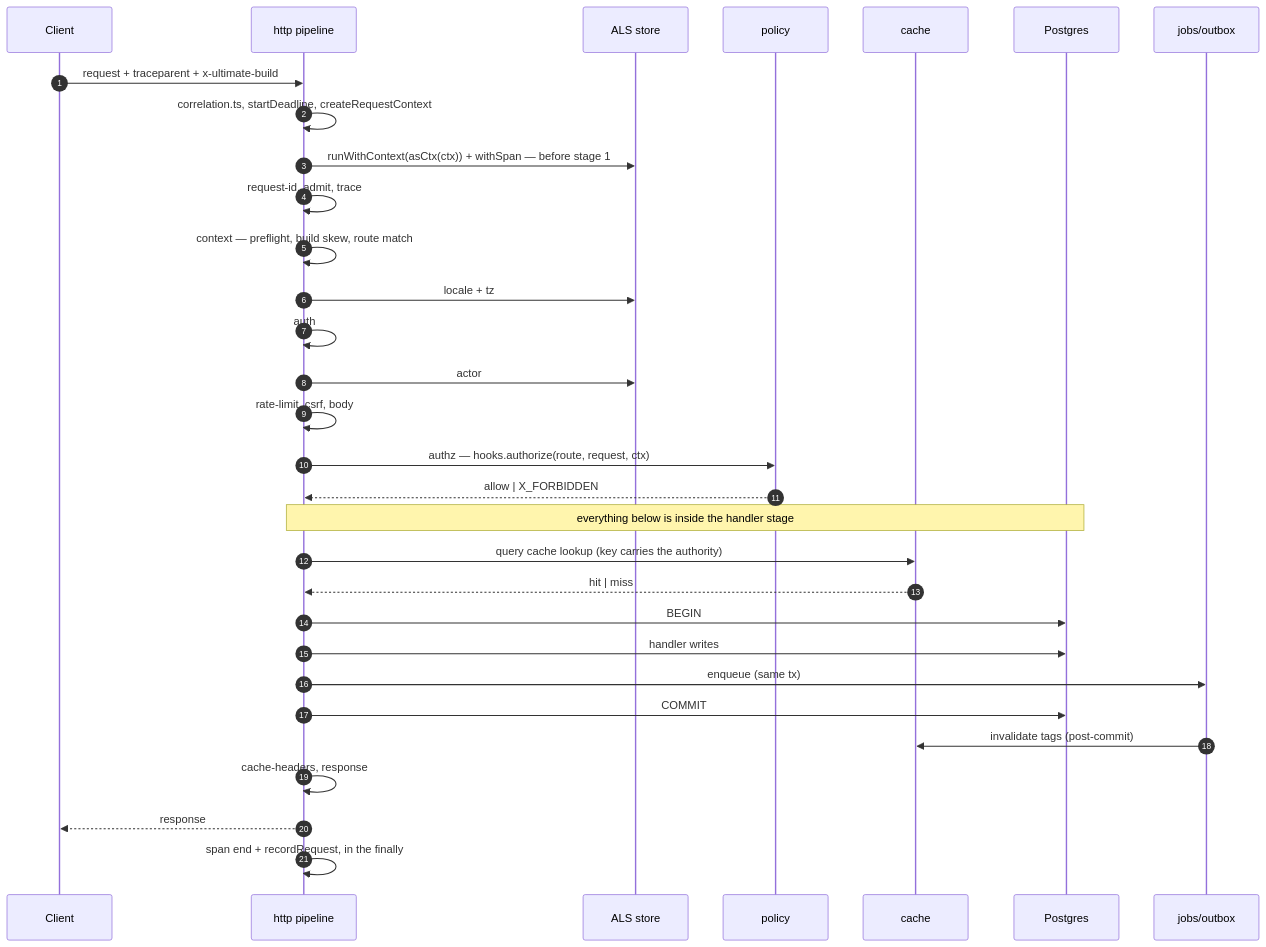
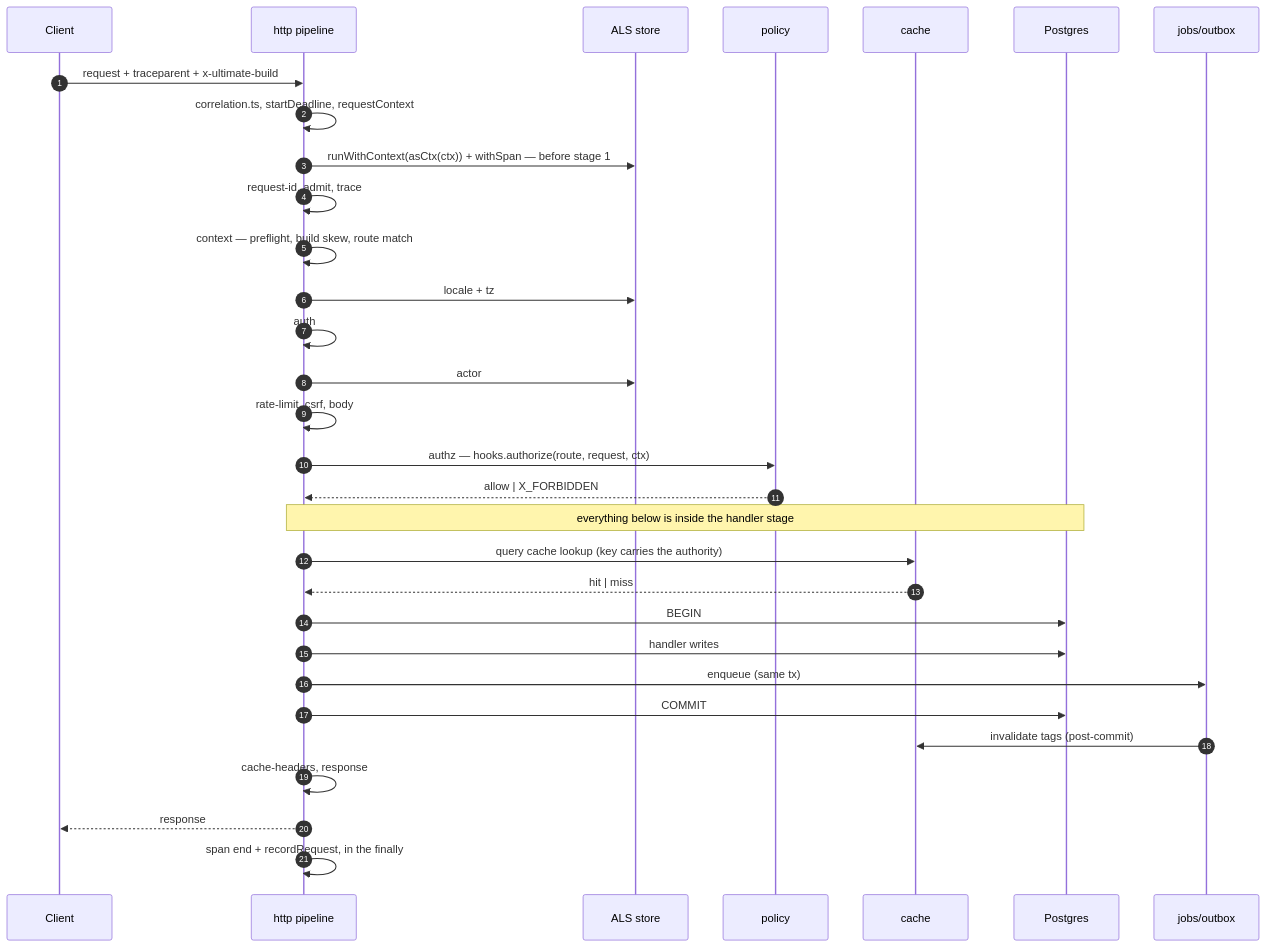
The diagram in docs/architecture/03-request-lifecycle.md (developerz-ai/ultimate), drawn with Mermaid before and after one commit. The commit also changed other lines of this file and 1471 other files, not shown here.

````diff
--- a/docs/architecture/03-request-lifecycle.md
+++ b/docs/architecture/03-request-lifecycle.md
@@ -62,34 +62,34 @@
 ```mermaid
 sequenceDiagram
   autonumber
   participant C as Client
   participant H as http pipeline
   participant A as ALS store
   participant P as policy
   participant K as cache
   participant D as Postgres
   participant J as jobs/outbox
 
   C->>H: request + traceparent + x-ultimate-build
-  H->>H: correlation.ts, startDeadline, createRequestContext
+  H->>H: correlation.ts, startDeadline, requestContext
   H->>A: runWithContext(asCtx(ctx)) + withSpan — before stage 1
   H->>H: request-id, admit, trace
   H->>H: context — preflight, build skew, route match
   H->>A: locale + tz
   H->>H: auth
   H->>A: actor
   H->>H: rate-limit, csrf, body
   H->>P: authz — hooks.authorize(route, request, ctx)
   P-->>H: allow | X_FORBIDDEN
   Note over H,D: everything below is inside the handler stage
   H->>K: query cache lookup (key carries the authority)
   K-->>H: hit | miss
   H->>D: BEGIN
   H->>D: handler writes
   H->>J: enqueue (same tx)
   H->>D: COMMIT
   J->>K: invalidate tags (post-commit)
   H->>H: cache-headers, response
   H-->>C: response
   H->>H: span end + recordRequest, in the finally
 ```
````
